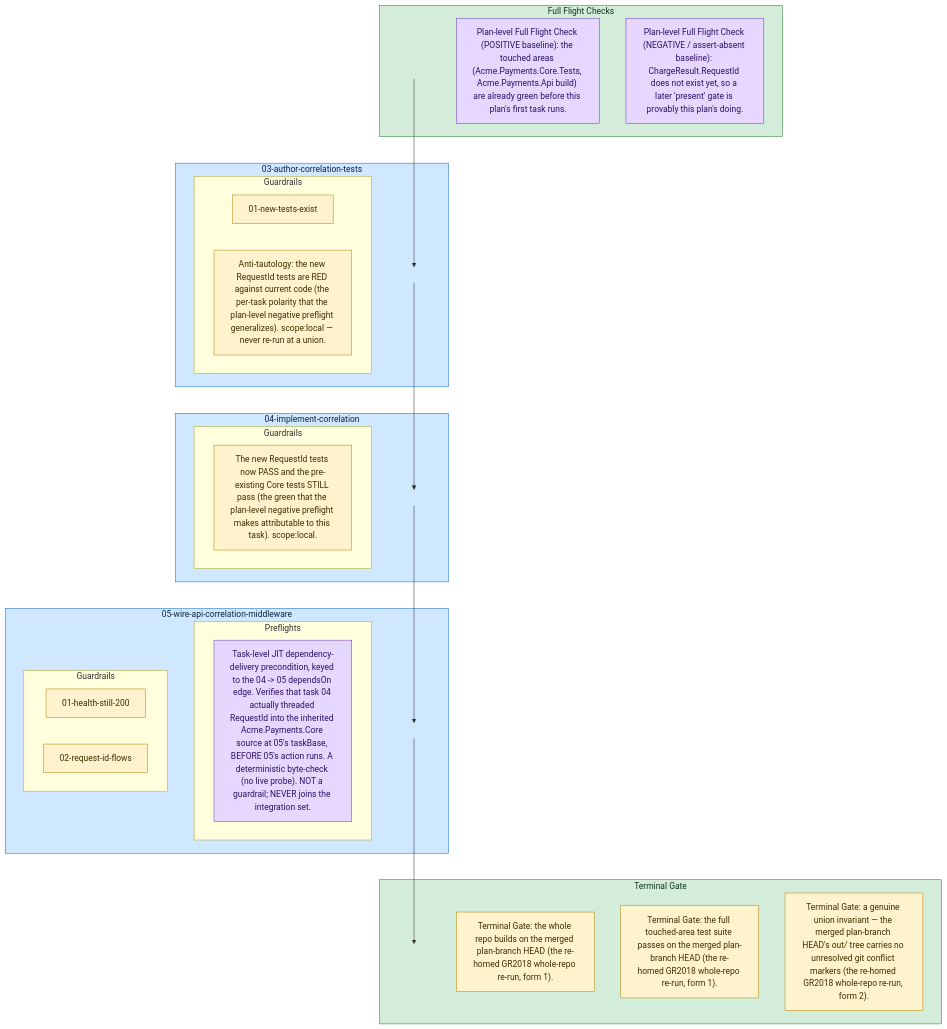
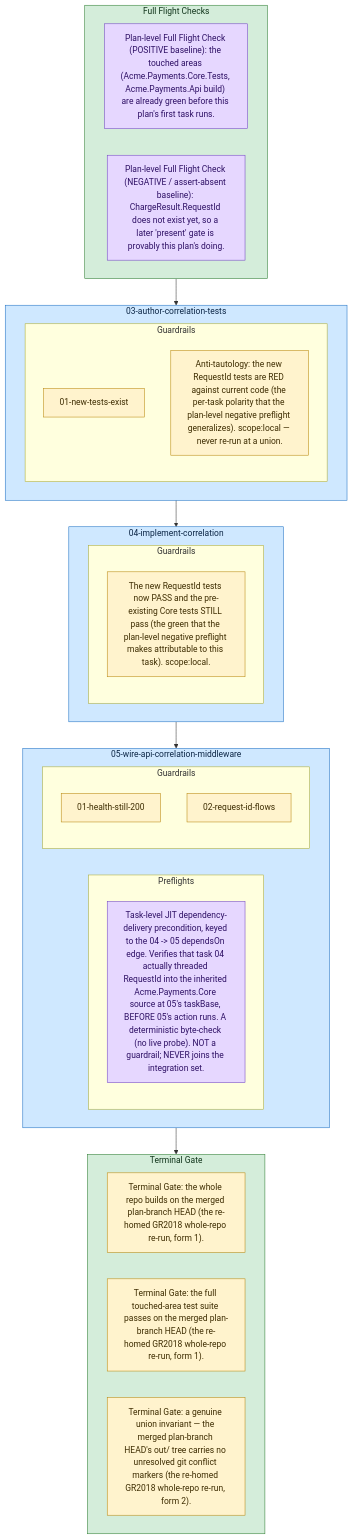
The diagram in docs/plans/09-preflight-first-class/example/example-plan/diagram.md (Servant-Software-LLC/Guardrails), drawn with Mermaid before and after one commit. The commit also changed other lines of this file and 10 other files, not shown here.

````diff
--- a/docs/plans/09-preflight-first-class/example/example-plan/diagram.md
+++ b/docs/plans/09-preflight-first-class/example/example-plan/diagram.md
@@ -3,51 +3,43 @@
 ```mermaid
 flowchart TD
   subgraph plan_preflights["Full Flight Checks"]
-    plan_preflights_anchor[" "]:::invisible
     plan_preflights_0["Plan-level Full Flight Check (POSITIVE baseline): the touched areas (Acme.Payments.Core.Tests, Acme.Payments.Api build) are already green before this plan's first task runs."]:::preflight
     plan_preflights_1["Plan-level Full Flight Check (NEGATIVE / assert-absent baseline): ChargeResult.RequestId does not exist yet, so a later 'present' gate is provably this plan's doing."]:::preflight
   end
-  class plan_preflights planLevel;
+  style plan_preflights fill:#d4edda,stroke:#2e7d32,color:#10341a;
   subgraph task_03_author_correlation_tests["03-author-correlation-tests"]
-    task_03_author_correlation_tests_anchor[" "]:::invisible
     subgraph task_03_author_correlation_tests_guardrails["Guardrails"]
       task_03_author_correlation_tests_gr_0["01-new-tests-exist"]:::guardrail
       task_03_author_correlation_tests_gr_1["Anti-tautology: the new RequestId tests are RED against current code (the per-task polarity that the plan-level negative preflight generalizes). scope:local — never re-run at a union."]:::guardrail
     end
   end
-  class task_03_author_correlation_tests task;
+  style task_03_author_correlation_tests fill:#cfe8ff,stroke:#1b6ec2,color:#0b2545;
   subgraph task_04_implement_correlation["04-implement-correlation"]
-    task_04_implement_correlation_anchor[" "]:::invisible
     subgraph task_04_implement_correlation_guardrails["Guardrails"]
       task_04_implement_correlation_gr_0["The new RequestId tests now PASS and the pre-existing Core tests STILL pass (the green that the plan-level negative preflight makes attributable to this task). scope:local."]:::guardrail
     end
   end
-  class task_04_implement_correlation task;
+  style task_04_implement_correlation fill:#cfe8ff,stroke:#1b6ec2,color:#0b2545;
   subgraph task_05_wire_api_correlation_middleware["05-wire-api-correlation-middleware"]
-    task_05_wire_api_correlation_middleware_anchor[" "]:::invisible
     subgraph task_05_wire_api_correlation_middleware_preflights["Preflights"]
       task_05_wire_api_correlation_middleware_pf_0["Task-level JIT dependency-delivery precondition, keyed to the 04 -&gt; 05 dependsOn edge. Verifies that task 04 actually threaded RequestId into the inherited Acme.Payments.Core source at 05's taskBase, BEFORE 05's action runs. A deterministic byte-check (no live probe). NOT a guardrail; NEVER joins the integration set."]:::preflight
     end
     subgraph task_05_wire_api_correlation_middleware_guardrails["Guardrails"]
       task_05_wire_api_correlation_middleware_gr_0["01-health-still-200"]:::guardrail
       task_05_wire_api_correlation_middleware_gr_1["02-request-id-flows"]:::guardrail
     end
   end
-  class task_05_wire_api_correlation_middleware task;
+  style task_05_wire_api_correlation_middleware fill:#cfe8ff,stroke:#1b6ec2,color:#0b2545;
   subgraph plan_guardrails["Terminal Gate"]
-    plan_guardrails_anchor[" "]:::invisible
     plan_guardrails_0["Terminal Gate: the whole repo builds on the merged plan-branch HEAD (the re-homed GR2018 whole-repo re-run, form 1)."]:::guardrail
     plan_guardrails_1["Terminal Gate: the full touched-area test suite passes on the merged plan-branch HEAD (the re-homed GR2018 whole-repo re-run, form 1)."]:::guardrail
     plan_guardrails_2["Terminal Gate: a genuine union invariant — the merged plan-branch HEAD's out/ tree carries no unresolved git conflict markers (the re-homed GR2018 whole-repo re-run, form 2)."]:::guardrail
   end
-  class plan_guardrails planLevel;
-  plan_preflights_anchor --> task_03_author_correlation_tests_anchor
-  task_03_author_correlation_tests_anchor --> task_04_implement_correlation_anchor
-  task_04_implement_correlation_anchor --> task_05_wire_api_correlation_middleware_anchor
-  task_05_wire_api_correlation_middleware_anchor --> plan_guardrails_anchor
-  classDef task fill:#cfe8ff,stroke:#1b6ec2,color:#0b2545;
+  style plan_guardrails fill:#d4edda,stroke:#2e7d32,color:#10341a;
+  plan_preflights --> task_03_author_correlation_tests
+  task_03_author_correlation_tests --> task_04_implement_correlation
+  task_04_implement_correlation --> task_05_wire_api_correlation_middleware
+  task_05_wire_api_correlation_middleware --> plan_guardrails
   classDef preflight fill:#e6d7ff,stroke:#6f42c1,color:#2e1065;
   classDef guardrail fill:#fff3cd,stroke:#b8860b,color:#3d2c00;
-  classDef planLevel fill:#d4edda,stroke:#2e7d32,color:#10341a;
-  classDef invisible fill:none,stroke:none;
 ```
````
